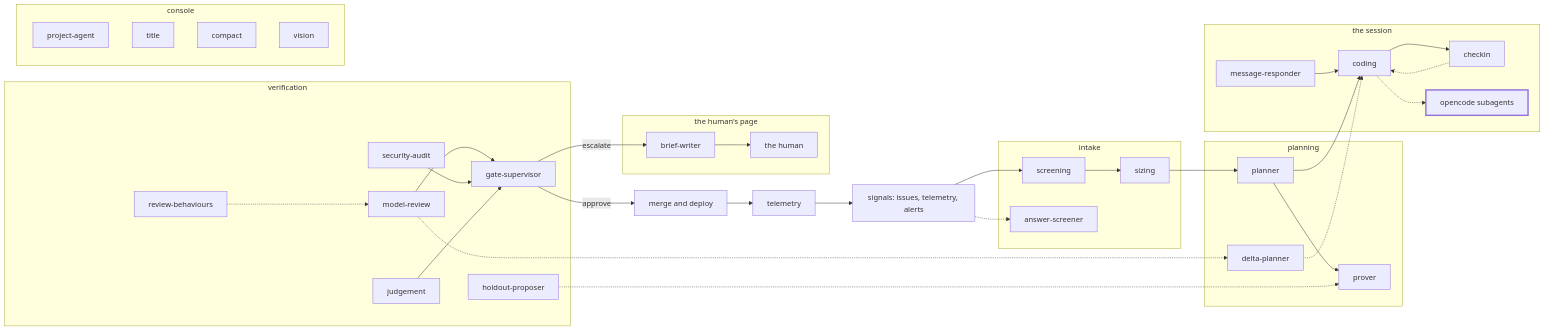
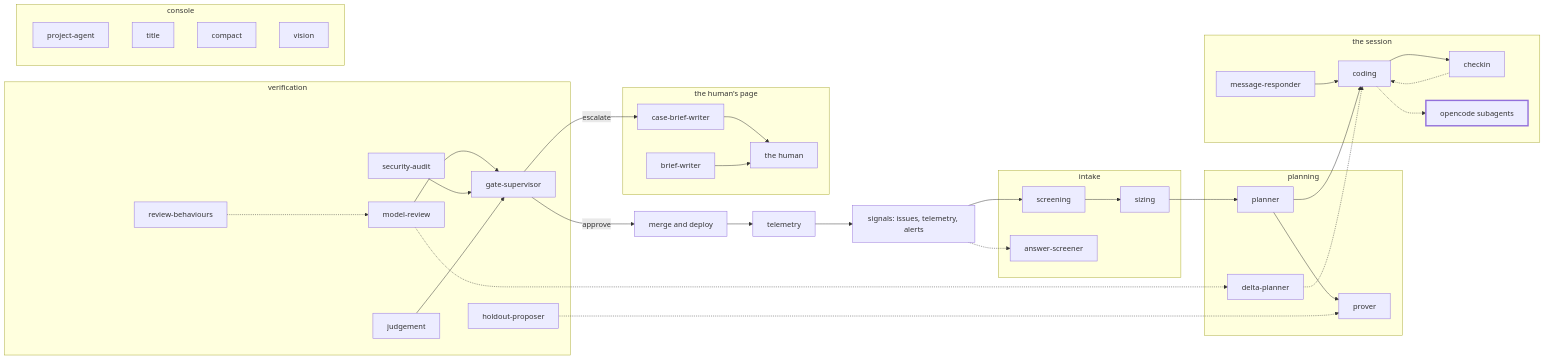
One commit to sebastianrueckerai/ai-software-factory changed the diagram in docs/agents/opencode-subagents.md. Above: the diagram before and after it, drawn with Mermaid. The commit also changed other lines of this file and 22 other files, not shown here.

Commit message:
docs: the agent map pages regenerate: the planner runs on big, the classes list digest, the check-in has no run tool, and case-brief-writer joins

````diff
--- a/docs/agents/opencode-subagents.md
+++ b/docs/agents/opencode-subagents.md
@@ -15,59 +15,61 @@
 ```mermaid
 graph LR
   signals["signals: issues, telemetry, alerts"]
   subgraph intake["intake"]
     screening["screening"]
     sizing["sizing"]
     answer-screener["answer-screener"]
   end
   subgraph planning["planning"]
     planner["planner"]
     prover["prover"]
     delta-planner["delta-planner"]
   end
   subgraph the-session["the session"]
     coding["coding"]
     message-responder["message-responder"]
     checkin["checkin"]
     opencode-subagents["opencode subagents"]
   end
   subgraph verification["verification"]
     judgement["judgement"]
     review-behaviours["review-behaviours"]
     model-review["model-review"]
     security-audit["security-audit"]
     holdout-proposer["holdout-proposer"]
     gate-supervisor["gate-supervisor"]
   end
   subgraph the-human["the human's page"]
     brief-writer["brief-writer"]
+    case-brief-writer["case-brief-writer"]
     human["the human"]
   end
   subgraph console["console"]
     project-agent["project-agent"]
     title["title"]
     compact["compact"]
     vision["vision"]
   end
   deploy["merge and deploy"]
   telemetry["telemetry"]
 
   signals --> screening --> sizing --> planner --> coding
   signals -.-> answer-screener
   planner --> prover
   holdout-proposer -.-> prover
   coding -.-> opencode-subagents
   message-responder --> coding
   coding --> checkin
   checkin -.-> coding
   model-review --> gate-supervisor
   security-audit --> gate-supervisor
   judgement --> gate-supervisor
   review-behaviours -.-> model-review
   model-review -.-> delta-planner
   delta-planner -.-> coding
   gate-supervisor -->|approve| deploy
-  gate-supervisor -->|escalate| brief-writer --> human
+  gate-supervisor -->|escalate| case-brief-writer --> human
+  brief-writer --> human
   deploy --> telemetry --> signals
   style opencode-subagents stroke-width:3px
 ```
````
